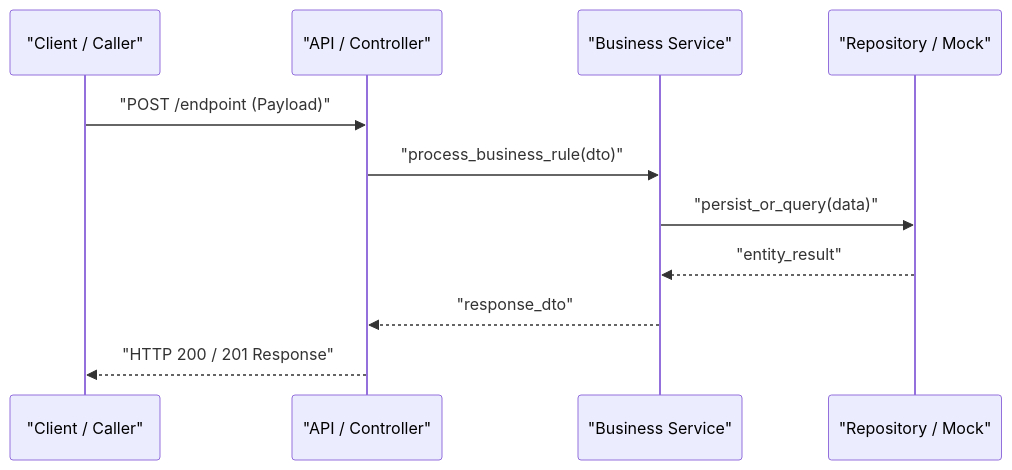
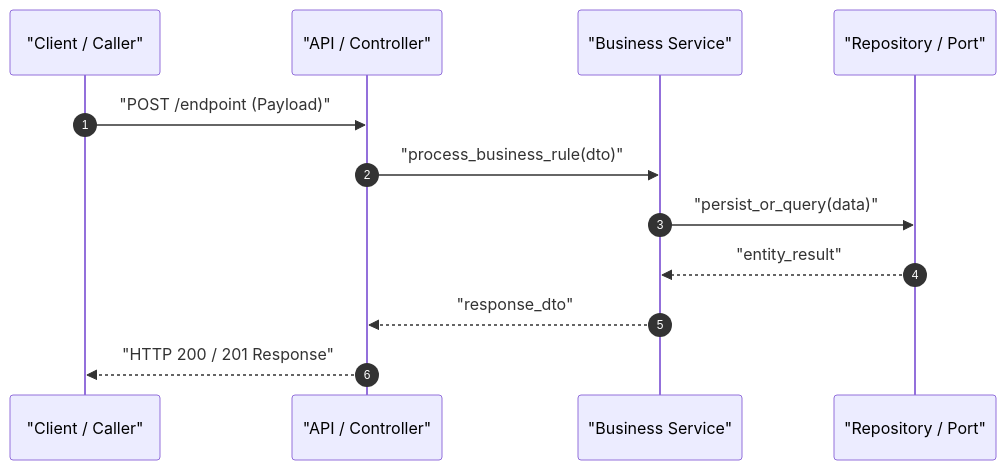
The first of 2 diagrams in skills/plan-sdd/resources/template_sdd.md (MarcosVeniciu/antigravity-agentic-workflows), drawn with Mermaid before and after one commit. The commit also changed other lines of this file and 9 other files, not shown here.

Commit message:
feat: establish architectural standards and documentation templates for Epic and SDD planning workflows

````diff
--- a/skills/plan-sdd/resources/template_sdd.md
+++ b/skills/plan-sdd/resources/template_sdd.md
@@ -41,14 +47,15 @@
 ```mermaid
 sequenceDiagram
+    autonumber
     participant Client as "Client / Caller"
     participant API as "API / Controller"
     participant Service as "Business Service"
-    participant Repository as "Repository / Mock"
+    participant Repository as "Repository / Port"
     
     Client->>API: "POST /endpoint (Payload)"
     API->>Service: "process_business_rule(dto)"
     Service->>Repository: "persist_or_query(data)"
     Repository-->>Service: "entity_result"
     Service-->>API: "response_dto"
     API-->>Client: "HTTP 200 / 201 Response"
 ```
````
